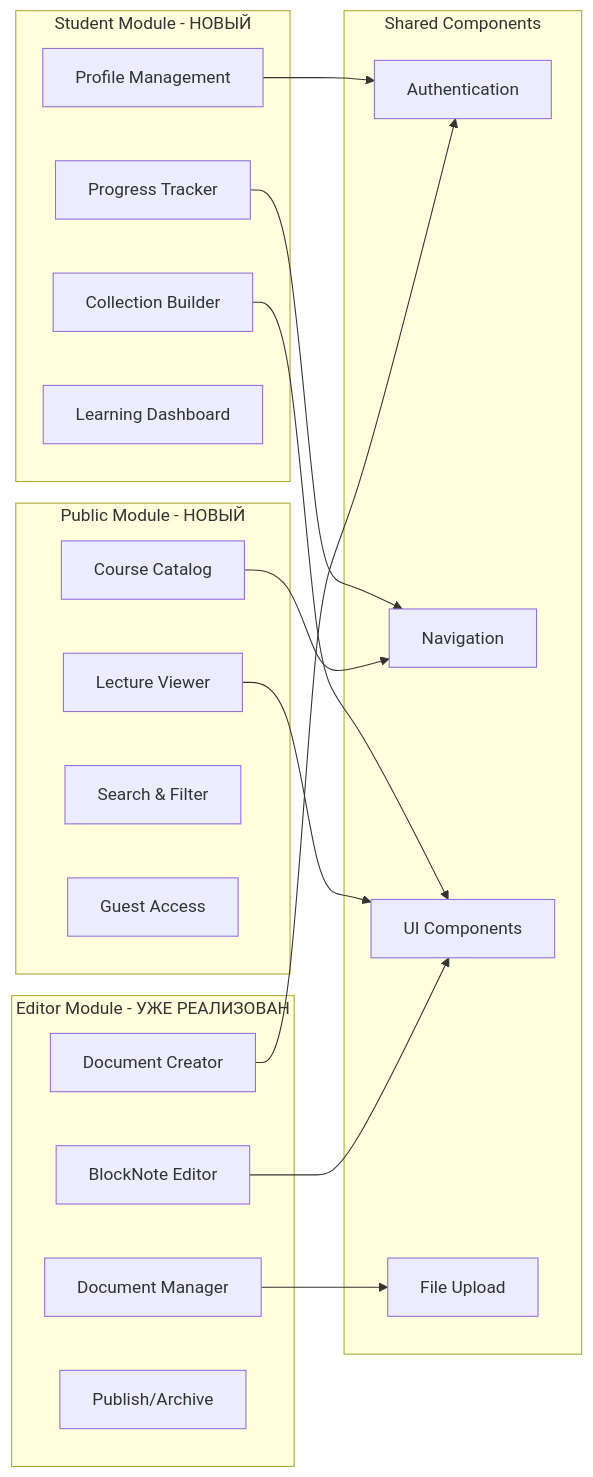
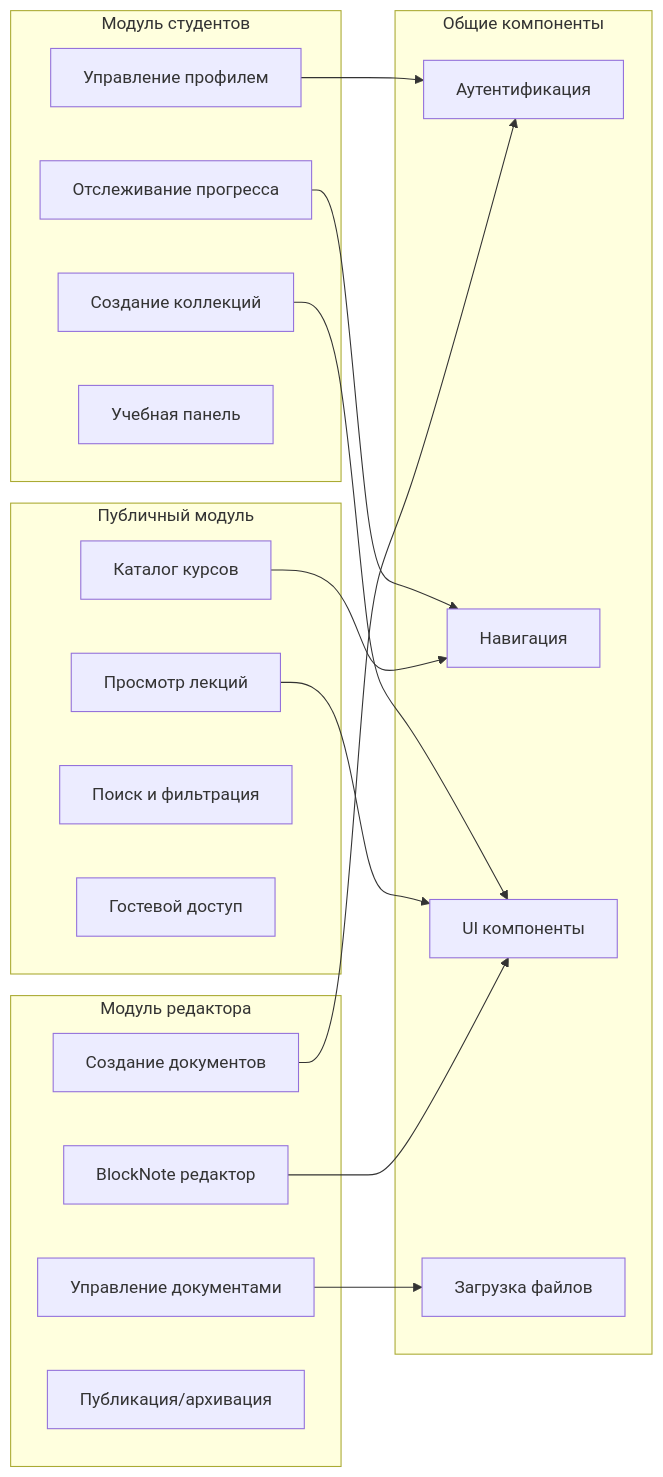
Before and after one commit to a1x02/BiGOR_2.0: the fourth of 11 diagrams in ARCHITECTURE_DIAGRAM.md, drawn with Mermaid. The commit also changed other lines of this file, not shown here.

````diff
--- a/ARCHITECTURE_DIAGRAM.md
+++ b/ARCHITECTURE_DIAGRAM.md
@@ -195,39 +195,39 @@
 ```mermaid
 graph LR
-    subgraph "Editor Module - УЖЕ РЕАЛИЗОВАН"
-        A1[Document Creator]
-        A2[BlockNote Editor]
-        A3[Document Manager]
-        A4[Publish/Archive]
+    subgraph "Модуль редактора"
+        A1[Создание документов]
+        A2[BlockNote редактор]
+        A3[Управление документами]
+        A4[Публикация/архивация]
     end
 
-    subgraph "Public Module - НОВЫЙ"
-        B1[Course Catalog]
-        B2[Lecture Viewer]
-        B3[Search & Filter]
-        B4[Guest Access]
+    subgraph "Публичный модуль"
+        B1[Каталог курсов]
+        B2[Просмотр лекций]
+        B3[Поиск и фильтрация]
+        B4[Гостевой доступ]
     end
 
-    subgraph "Student Module - НОВЫЙ"
-        C1[Profile Management]
-        C2[Collection Builder]
-        C3[Progress Tracker]
-        C4[Learning Dashboard]
+    subgraph "Модуль студентов"
+        C1[Управление профилем]
+        C2[Создание коллекций]
+        C3[Отслеживание прогресса]
+        C4[Учебная панель]
     end
 
-    subgraph "Shared Components"
-        D1[Authentication]
-        D2[Navigation]
-        D3[UI Components]
-        D4[File Upload]
+    subgraph "Общие компоненты"
+        D1[Аутентификация]
+        D2[Навигация]
+        D3[UI компоненты]
+        D4[Загрузка файлов]
     end
 
     A1 --> D1
     A2 --> D3
     A3 --> D4
     B1 --> D2
     B2 --> D3
     C1 --> D1
     C2 --> D3
     C3 --> D2
 ```
````
